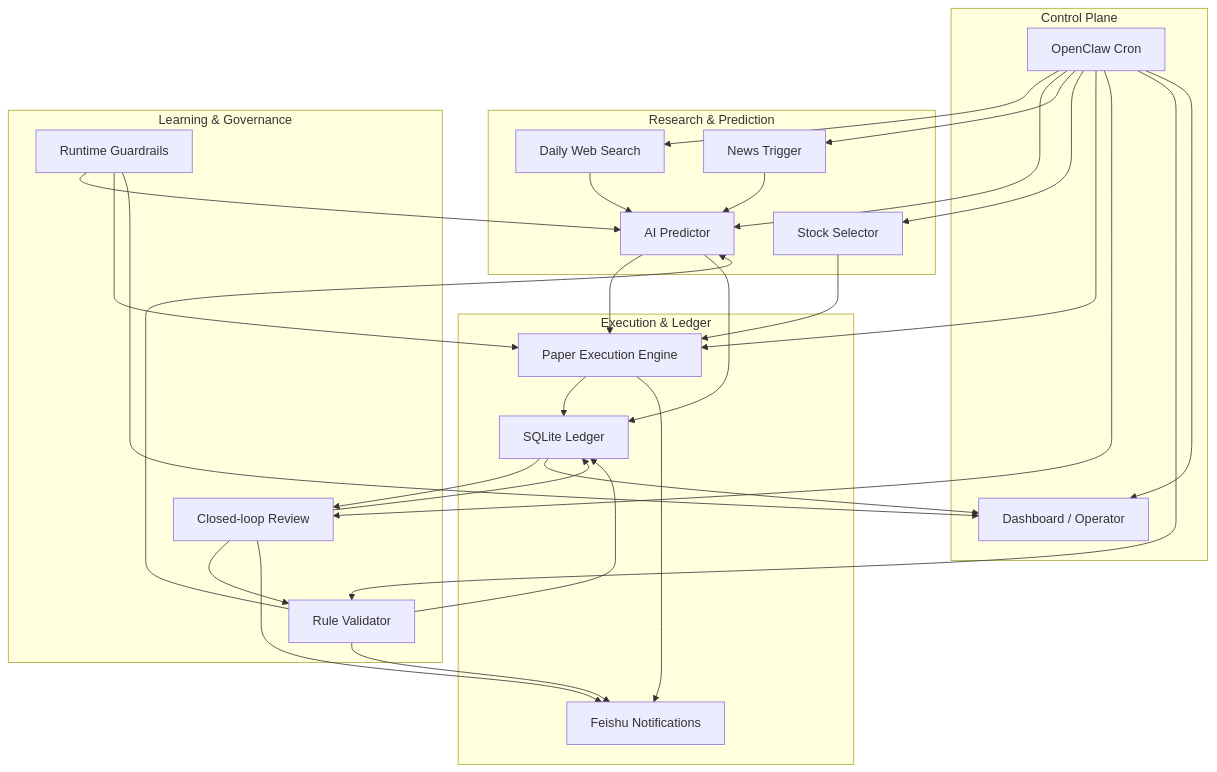
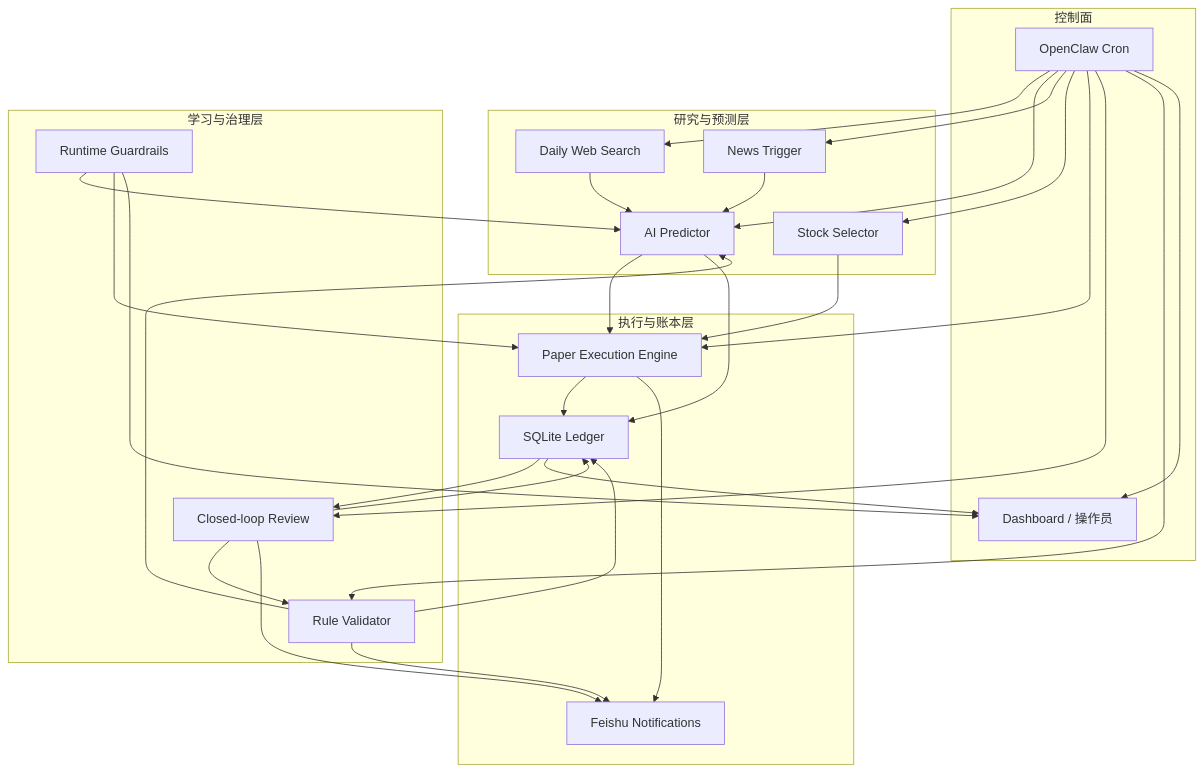
One commit to jjjojoj/stock-team changed the first of 2 diagrams in README.md. Above: the diagram before and after it, drawn with Mermaid. The commit also changed other lines of this file, not shown here.

````diff
--- a/README.md
+++ b/README.md
@@ -105,57 +105,57 @@
 ```mermaid
 flowchart TB
-    subgraph CP["Control Plane"]
+    subgraph CP["控制面"]
         OC["OpenClaw Cron"]
-        DB["Dashboard / Operator"]
+        DB["Dashboard / 操作员"]
     end
 
-    subgraph RP["Research & Prediction"]
+    subgraph RP["研究与预测层"]
         WS["Daily Web Search"]
         NT["News Trigger"]
         AP["AI Predictor"]
         SL["Stock Selector"]
     end
 
-    subgraph EX["Execution & Ledger"]
+    subgraph EX["执行与账本层"]
         PE["Paper Execution Engine"]
         SQ["SQLite Ledger"]
         FS["Feishu Notifications"]
     end
 
-    subgraph LG["Learning & Governance"]
+    subgraph LG["学习与治理层"]
         CR["Closed-loop Review"]
         RV["Rule Validator"]
         RG["Runtime Guardrails"]
     end
 
     OC --> WS
     OC --> AP
     OC --> NT
     OC --> SL
     OC --> PE
     OC --> CR
     OC --> RV
 
     WS --> AP
     NT --> AP
     AP --> PE
     SL --> PE
 
     PE --> SQ
     AP --> SQ
     CR --> SQ
     RV --> SQ
 
     SQ --> CR
     CR --> RV
     RV --> AP
     RG --> AP
     RG --> PE
 
     PE --> FS
     CR --> FS
     RV --> FS
     SQ --> DB
     RG --> DB
     OC --> DB
 ```
````
